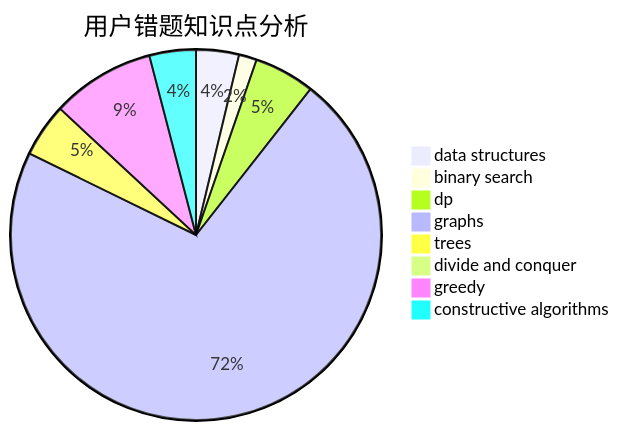
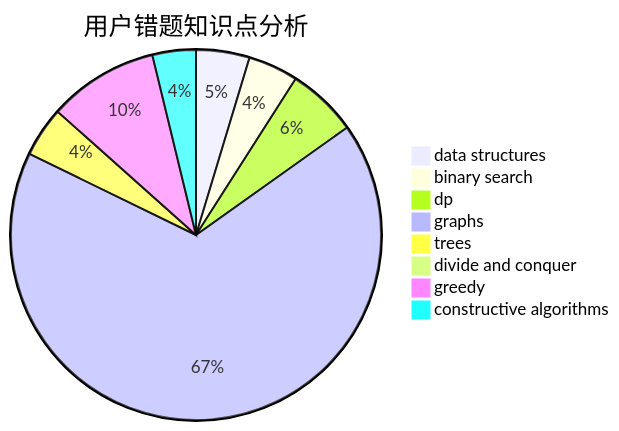
The third of 3 diagrams in docs/user/u1148.md (sherpahu/cfrs.github.io), drawn with Mermaid before and after one commit. The commit also changed other lines of this file and 2770 other files, not shown here.

````diff
--- a/docs/user/u1148.md
+++ b/docs/user/u1148.md
@@ -36,11 +36,11 @@
 ```mermaid
 pie title 用户错题知识点分析
-    "data structures" :  12
-    "binary search" :  5
-    "dp" :  17
+    "data structures" :  16
+    "binary search" :  15
+    "dp" :  21
     "graphs" :  230
     "trees" :  15
     "divide and conquer" :  0
-    "greedy" :  29
+    "greedy" :  33
     "constructive algorithms" :  13
 ```
````
